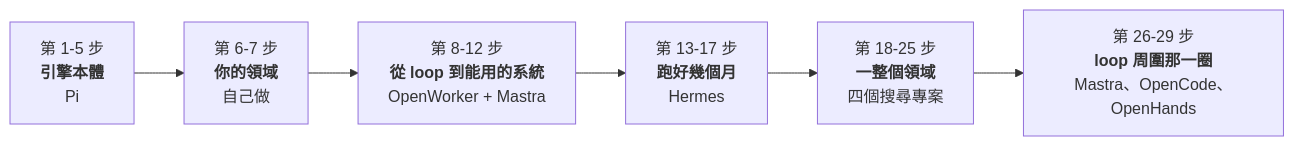
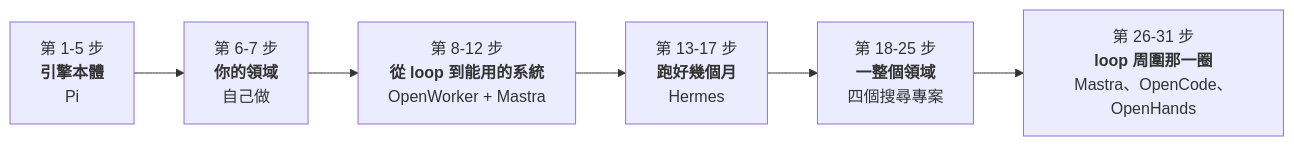
One commit to whereissam/learn-agent-engineering-from-production changed the second of 2 diagrams in README.zh-TW.md. Above: the diagram before and after it, drawn with Mermaid. The commit also changed other lines of this file and 11 other files, not shown here.

````diff
--- a/README.zh-TW.md
+++ b/README.zh-TW.md
@@ -63,8 +63,8 @@
 ```mermaid
 flowchart LR
     P1["第 1-5 步<br/><b>引擎本體</b><br/>Pi"] --> P2["第 6-7 步<br/><b>你的領域</b><br/>自己做"]
     P2 --> P3["第 8-12 步<br/><b>從 loop 到能用的系統</b><br/>OpenWorker + Mastra"]
     P3 --> P4["第 13-17 步<br/><b>跑好幾個月</b><br/>Hermes"]
     P4 --> P5["第 18-25 步<br/><b>一整個領域</b><br/>四個搜尋專案"]
-    P5 --> P6["第 26-29 步<br/><b>loop 周圍那一圈</b><br/>Mastra、OpenCode、OpenHands"]
+    P5 --> P6["第 26-31 步<br/><b>loop 周圍那一圈</b><br/>Mastra、OpenCode、OpenHands"]
 ```
````
